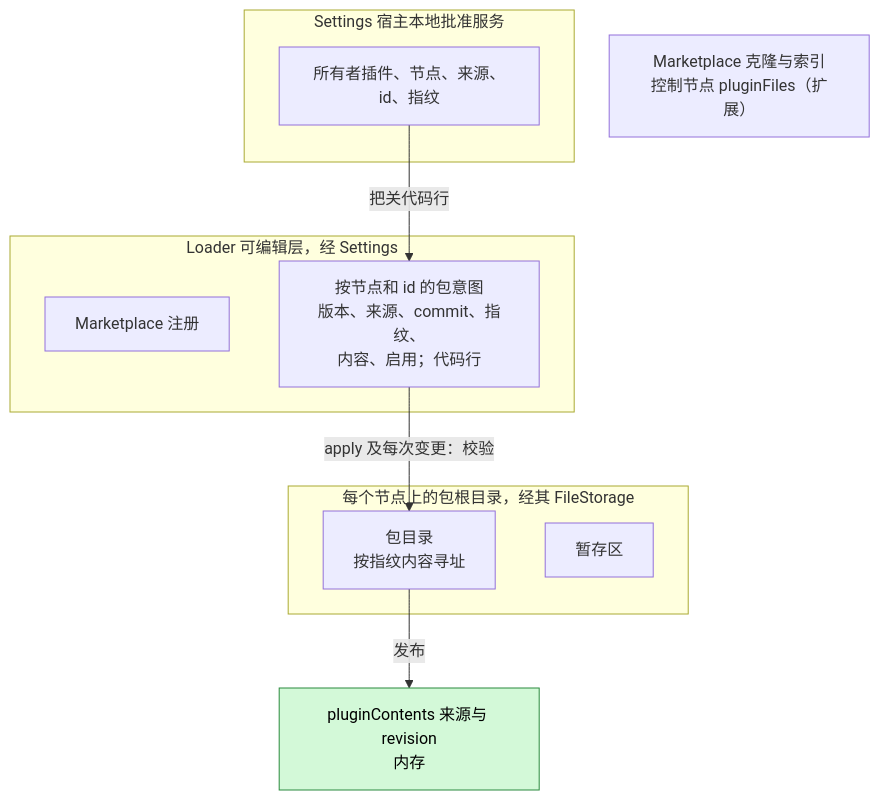
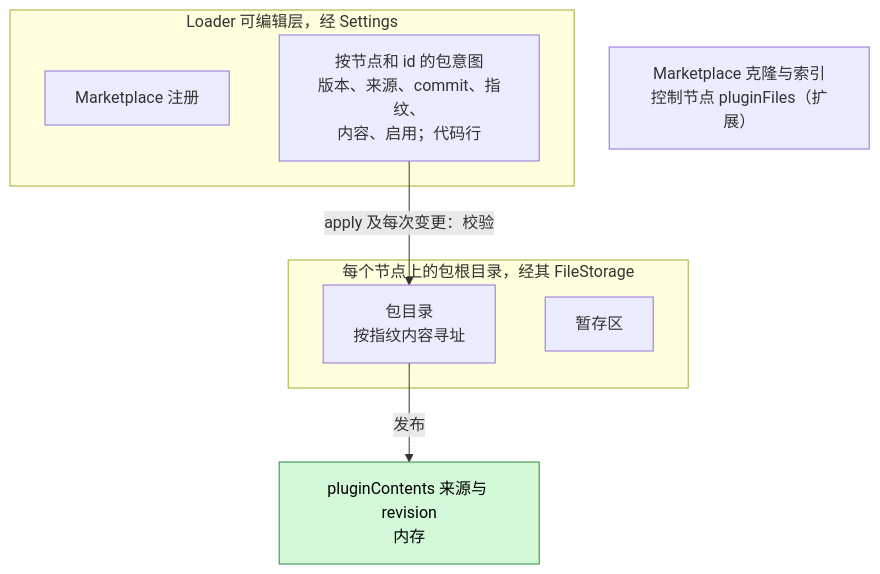
One commit to CoutinhoTTS/dim-agent changed the second of 6 diagrams in docs/zh/design/plugins/PluginManager.md. Above: the diagram before and after it, drawn with Mermaid. The commit also changed other lines of this file and 40 other files, not shown here.

````diff
--- a/docs/zh/design/plugins/PluginManager.md
+++ b/docs/zh/design/plugins/PluginManager.md
@@ -44,20 +43,16 @@
 ```mermaid
 flowchart TB
   subgraph LEL["Loader 可编辑层，经 Settings"]
     MK["Marketplace 注册"]
     PR["按节点和 id 的包意图<br/>版本、来源、commit、指纹、<br/>内容、启用；代码行"]
-  end
-  subgraph HLA["Settings 宿主本地批准服务"]
-    AP["所有者插件、节点、来源、id、指纹"]
   end
   subgraph PS["每个节点上的包根目录，经其 FileStorage"]
     PKG["包目录<br/>按指纹内容寻址"]
     STG["暂存区"]
   end
   CACHE["Marketplace 克隆与索引<br/>控制节点 pluginFiles（扩展）"]
   MEM["pluginContents 来源与 revision<br/>内存"]:::new
   PR -->|"apply 及每次变更：校验"| PKG
   PKG -->|"发布"| MEM
-  AP -->|"把关代码行"| PR
   classDef new fill:#d3f9d8,stroke:#2b8a3e,color:#000
 ```
````
